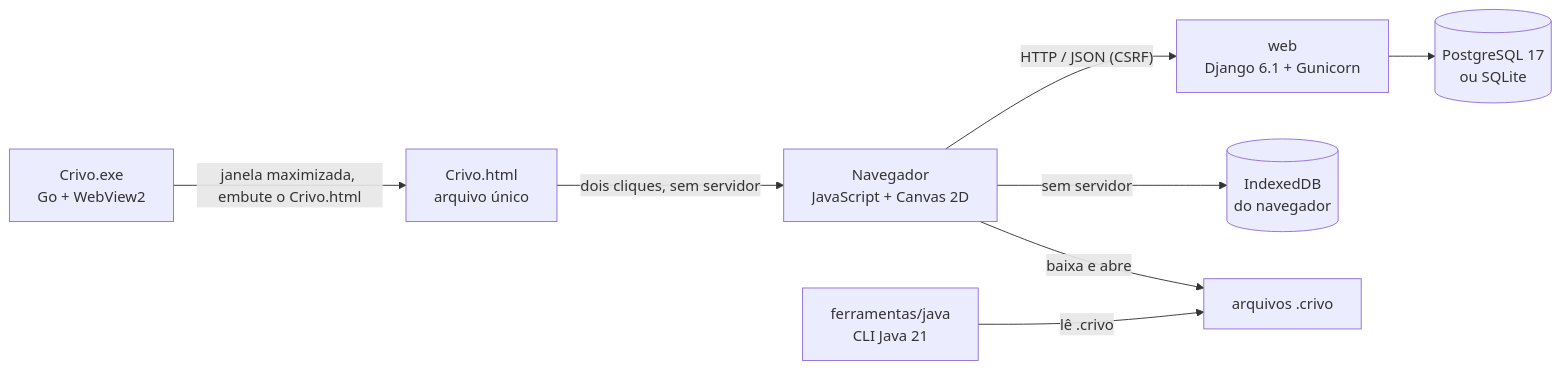
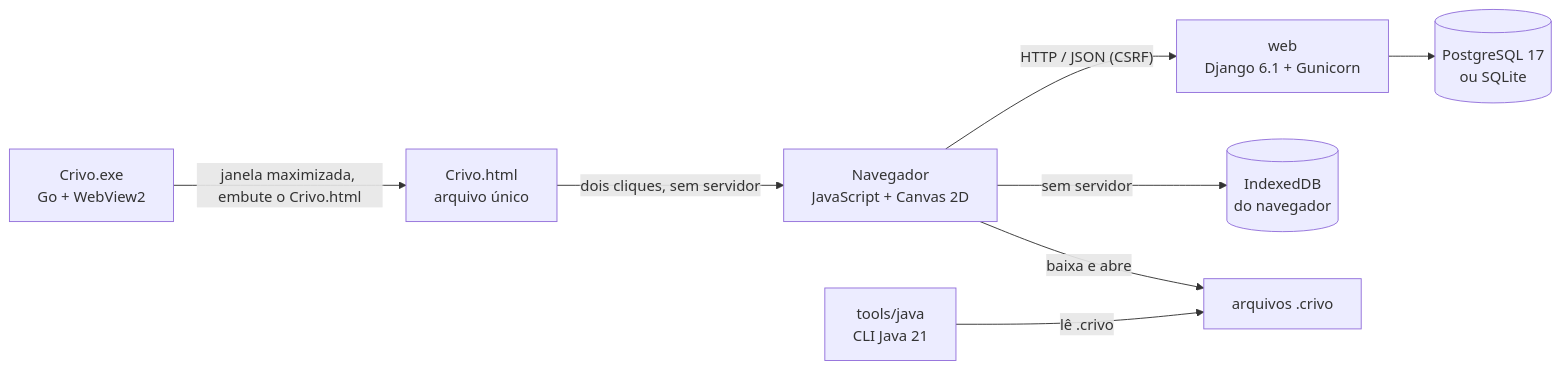
One commit to ravelroot/Pixel-Art-Matrix-Editor changed the diagram in README.md. Above: the diagram before and after it, drawn with Mermaid. The commit also changed other lines of this file and 133 other files, not shown here.

````diff
--- a/README.md
+++ b/README.md
@@ -57,10 +59,10 @@
 ```mermaid
 flowchart LR
     EXE["Crivo.exe<br/>Go + WebView2"] -- "janela maximizada, embute o Crivo.html" --> HTML
     HTML["Crivo.html<br/>arquivo único"] -- "dois cliques, sem servidor" --> UI
     UI["Navegador<br/>JavaScript + Canvas 2D"] -- "HTTP / JSON (CSRF)" --> WEB["web<br/>Django 6.1 + Gunicorn"]
     UI -- "sem servidor" --> IDB[("IndexedDB<br/>do navegador")]
     WEB --> PG[("PostgreSQL 17<br/>ou SQLite")]
-    CLI["ferramentas/java<br/>CLI Java 21"] -- "lê .crivo" --> ARQ["arquivos .crivo"]
+    CLI["tools/java<br/>CLI Java 21"] -- "lê .crivo" --> ARQ["arquivos .crivo"]
     UI -- "baixa e abre" --> ARQ
 ```
````
